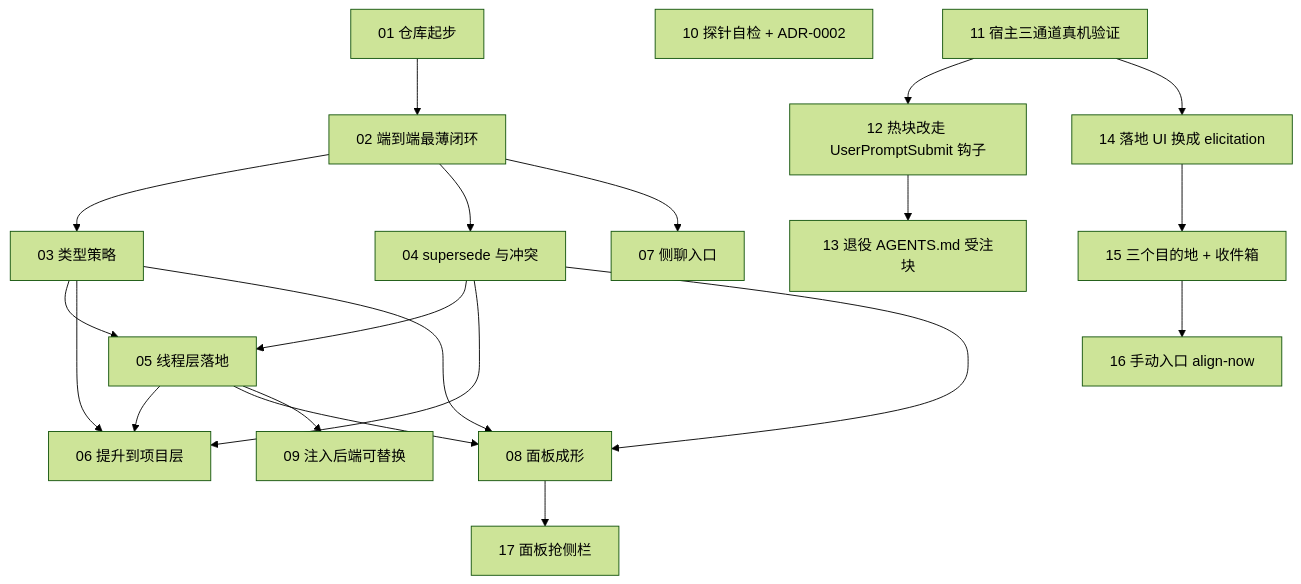
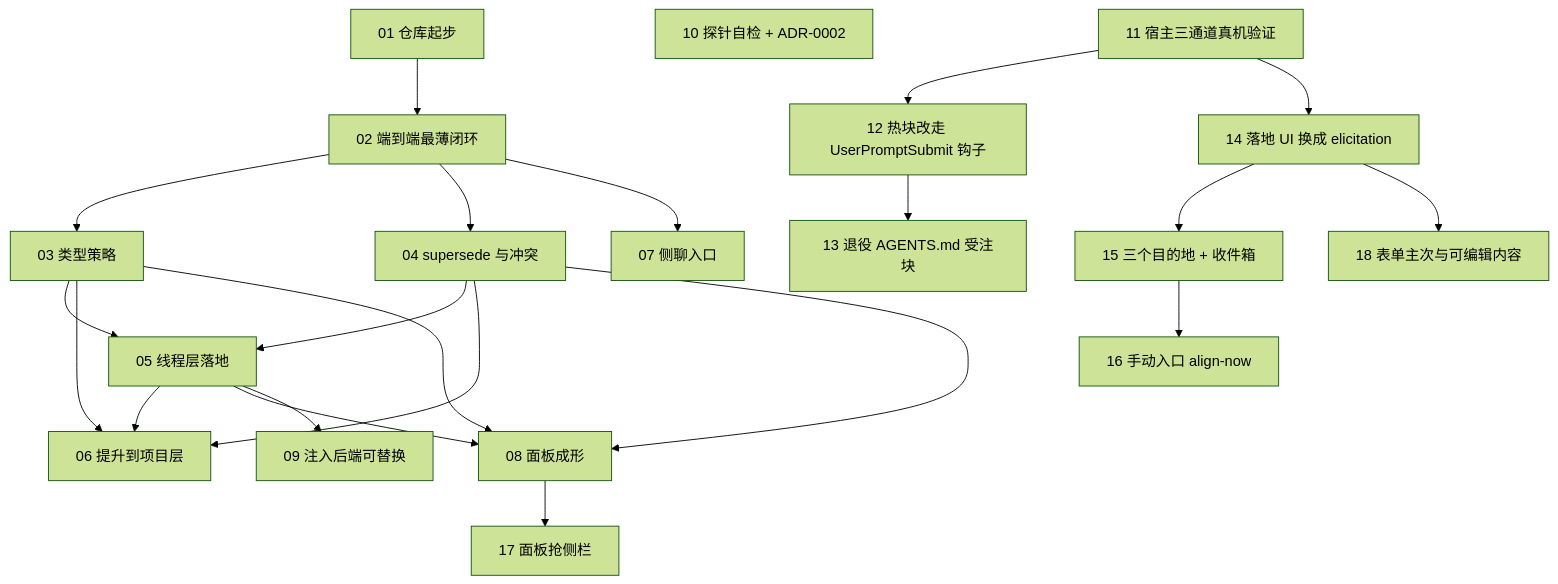
Before and after one commit to PageIV/align: the diagram in .scratch/align/graph.md, drawn with Mermaid (forest theme). The commit also changed other lines of this file and 14 other files, not shown here.

First line of the commit message:
align: 落地表单重排——去掉图例、选项带解释、内容可编辑（0.2.15 / 工单 18）

````diff
--- a/.scratch/align/graph.md
+++ b/.scratch/align/graph.md
@@ -7,40 +7,42 @@
 ```mermaid
 flowchart TD
   t01["01 仓库起步"]
   t02["02 端到端最薄闭环"]
   t03["03 类型策略"]
   t04["04 supersede 与冲突"]
   t05["05 线程层落地"]
   t06["06 提升到项目层"]
   t07["07 侧聊入口"]
   t08["08 面板成形"]
   t09["09 注入后端可替换"]
   t10["10 探针自检 + ADR-0002"]
   t11["11 宿主三通道真机验证"]
   t12["12 热块改走 UserPromptSubmit 钩子"]
   t13["13 退役 AGENTS.md 受注块"]
   t14["14 落地 UI 换成 elicitation"]
   t15["15 三个目的地 + 收件箱"]
   t16["16 手动入口 align-now"]
   t17["17 面板抢侧栏"]
+  t18["18 表单主次与可编辑内容"]
 
   t01 --> t02
   t02 --> t03
   t02 --> t04
   t02 --> t07
   t03 --> t05
   t04 --> t05
   t03 --> t06
   t04 --> t06
   t05 --> t06
   t03 --> t08
   t04 --> t08
   t05 --> t08
   t05 --> t09
   t11 --> t12
   t12 --> t13
   t11 --> t14
   t14 --> t15
   t15 --> t16
   t08 --> t17
+  t14 --> t18
 ```
````
